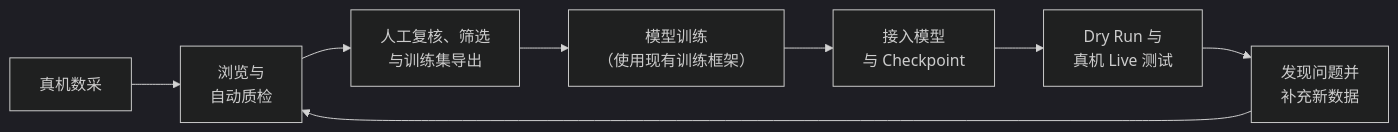
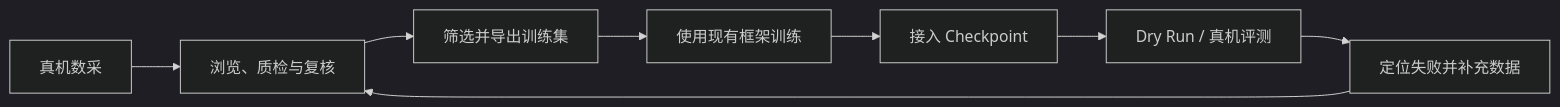
One commit to eddyLfan/Embodit changed the diagram in README.zh-CN.md. Above: the diagram before and after it, drawn with Mermaid (dark theme). The commit also changed other lines of this file and 16 other files, not shown here.

````diff
--- a/README.zh-CN.md
+++ b/README.zh-CN.md
@@ -24,10 +17,10 @@
 ```mermaid
 flowchart LR
-    A["真机数采"] --> B["浏览与<br/>自动质检"]
-    B --> C["人工复核、筛选<br/>与训练集导出"]
-    C --> D["模型训练<br/>（使用现有训练框架）"]
-    D --> E["接入模型<br/>与 Checkpoint"]
-    E --> F["Dry Run 与<br/>真机 Live 测试"]
-    F --> G["发现问题并<br/>补充新数据"]
+    A["真机数采"] --> B["浏览、质检与复核"]
+    B --> C["筛选并导出训练集"]
+    C --> D["使用现有框架训练"]
+    D --> E["接入 Checkpoint"]
+    E --> F["Dry Run / 真机评测"]
+    F --> G["定位失败并补充数据"]
     G --> B
 ```
````
